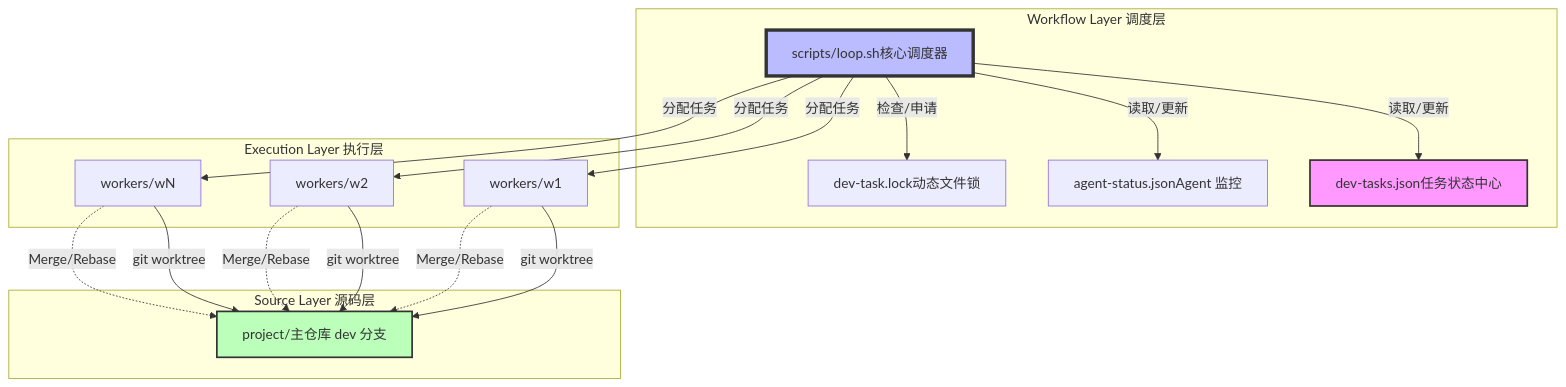
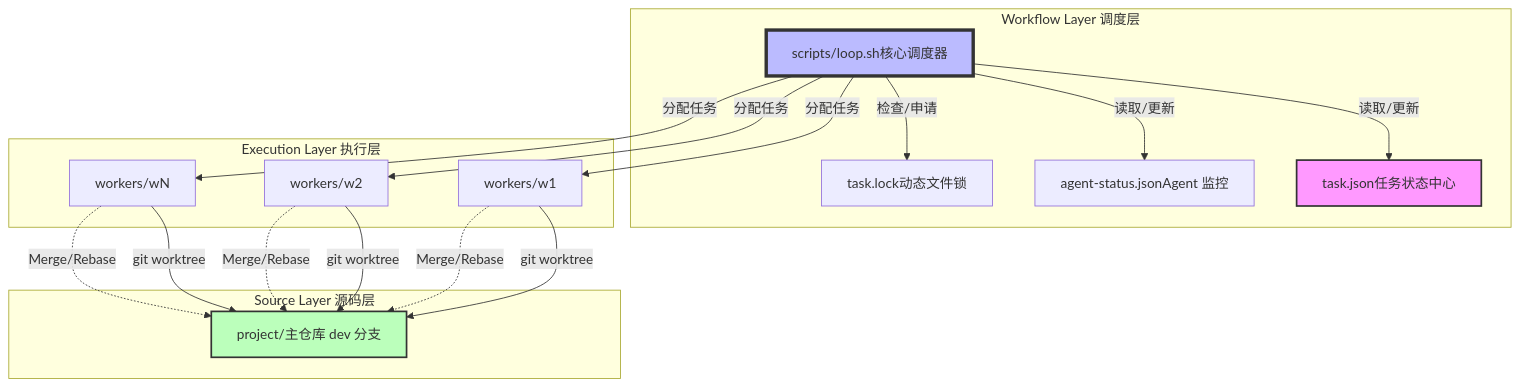
Before and after one commit to douzhongdou/liannu: the first of 2 diagrams in README.PLUS.md, drawn with Mermaid. The commit also changed other lines of this file and 18 other files, not shown here.

````diff
--- a/README.PLUS.md
+++ b/README.PLUS.md
@@ -34,38 +34,38 @@
 ```mermaid
 graph TB
     subgraph "Workflow Layer 调度层"
-        A[dev-tasks.json任务状态中心] 
+        A[task.json任务状态中心] 
         B[agent-status.jsonAgent 监控]
-        C[dev-task.lock动态文件锁]
+        C[task.lock动态文件锁]
         D[scripts/loop.sh核心调度器]
     end
     
     subgraph "Execution Layer 执行层"
         E[workers/w1]
         F[workers/w2]
         G[workers/wN]
     end
     
     subgraph "Source Layer 源码层"
         H[project/主仓库 dev 分支]
     end
     
     D -->|读取/更新| A
     D -->|读取/更新| B
     D -->|检查/申请| C
     D -->|分配任务| E
     D -->|分配任务| F
     D -->|分配任务| G
     
     E -->|git worktree| H
     F -->|git worktree| H
     G -->|git worktree| H
     
     E -.->|Merge/Rebase| H
     F -.->|Merge/Rebase| H
     G -.->|Merge/Rebase| H
     
     style A fill:#f9f,stroke:#333,stroke-width:2px
     style D fill:#bbf,stroke:#333,stroke-width:4px
     style H fill:#bfb,stroke:#333,stroke-width:2px
 ```
````
